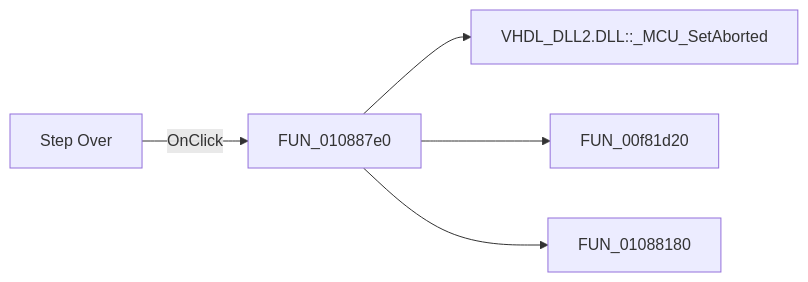
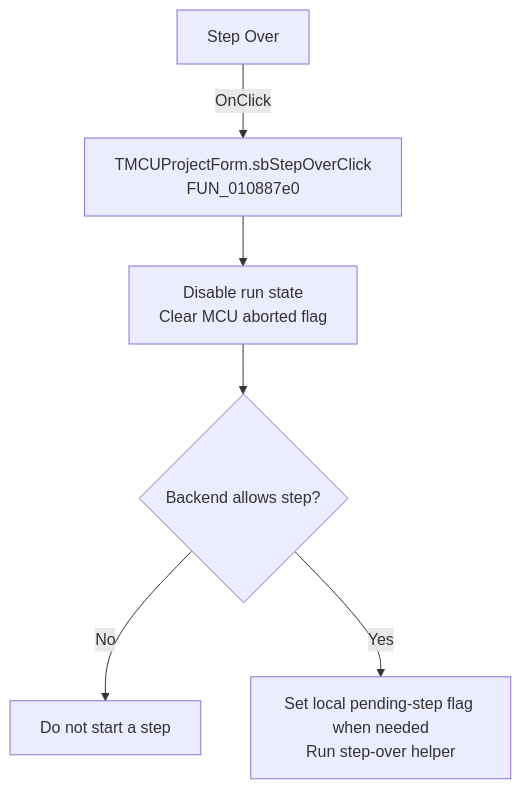
The diagram in docs/ui-controls/mcuprojectform/sbstepover-f6bcaa03cb.md (MovGP0/TIARA), drawn with Mermaid before and after one commit. The commit also changed other lines of this file and 1062 other files, not shown here.

````diff
--- a/docs/ui-controls/mcuprojectform/sbstepover-f6bcaa03cb.md
+++ b/docs/ui-controls/mcuprojectform/sbstepover-f6bcaa03cb.md
@@ -27,7 +27,8 @@
 ```mermaid
-flowchart LR
-    control["Step Over"] -->|OnClick| handler["FUN_010887e0"]
-    handler --> call1["VHDL_DLL2.DLL::_MCU_SetAborted"]
-    handler --> call2["FUN_00f81d20"]
-    handler --> call3["FUN_01088180"]
+flowchart TD
+    control["Step Over"] -->|OnClick| handler["TMCUProjectForm.sbStepOverClick<br/>FUN_010887e0"]
+    handler --> reset["Disable run state<br/>Clear MCU aborted flag"]
+    reset --> allowed{"Backend allows step?"}
+    allowed -->|No| noOp["Do not start a step"]
+    allowed -->|Yes| step["Set local pending-step flag when needed<br/>Run step-over helper"]
 ```
````
